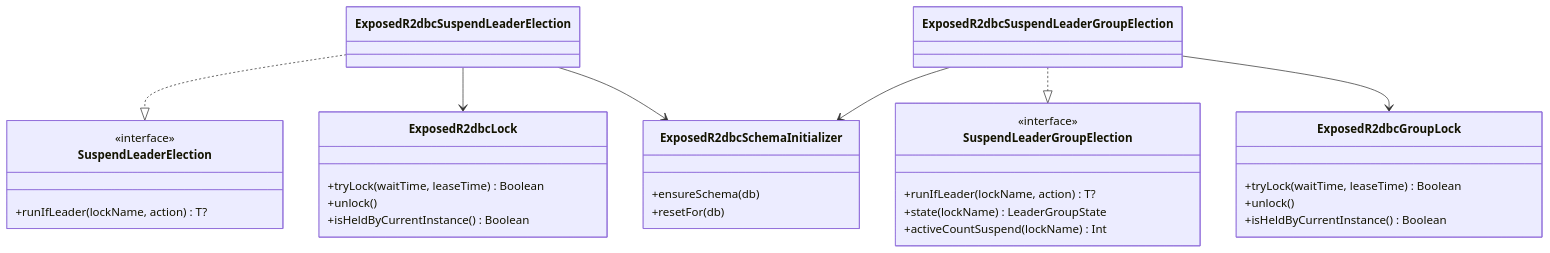
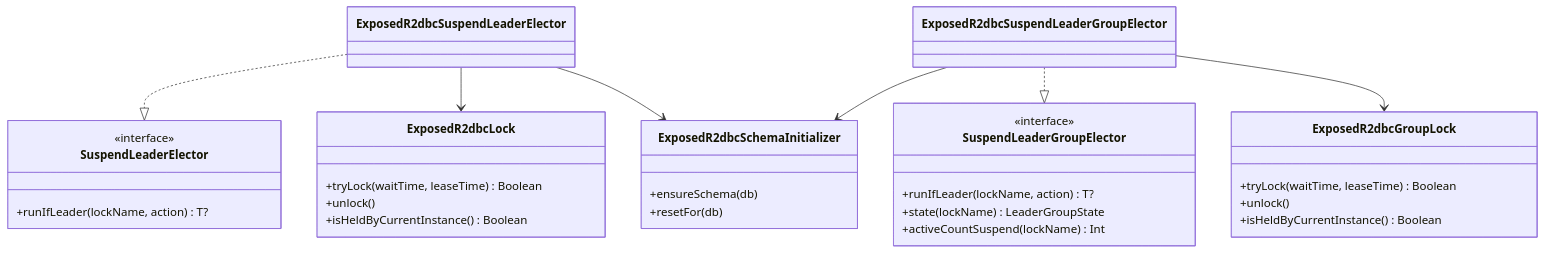
The diagram in leader-exposed-r2dbc/README.ko.md (bluetape4k/bluetape4k-leader), drawn with Mermaid before and after one commit. The commit also changed other lines of this file and 79 other files, not shown here.

First line of the commit message:
docs: #100 LeaderElection → LeaderElector 문서 일괄 업데이트 (#123)

````diff
--- a/leader-exposed-r2dbc/README.ko.md
+++ b/leader-exposed-r2dbc/README.ko.md
@@ -17,36 +17,36 @@
 ```mermaid
 classDiagram
-    class SuspendLeaderElection {
+    class SuspendLeaderElector {
         <<interface>>
         +runIfLeader(lockName, action) T?
     }
-    class SuspendLeaderGroupElection {
+    class SuspendLeaderGroupElector {
         <<interface>>
         +runIfLeader(lockName, action) T?
         +state(lockName) LeaderGroupState
         +activeCountSuspend(lockName) Int
     }
 
     class ExposedR2dbcLock {
         +tryLock(waitTime, leaseTime) Boolean
         +unlock()
         +isHeldByCurrentInstance() Boolean
     }
     class ExposedR2dbcGroupLock {
         +tryLock(waitTime, leaseTime) Boolean
         +unlock()
         +isHeldByCurrentInstance() Boolean
     }
     class ExposedR2dbcSchemaInitializer {
         +ensureSchema(db)
         +resetFor(db)
     }
 
-    ExposedR2dbcSuspendLeaderElection ..|> SuspendLeaderElection
-    ExposedR2dbcSuspendLeaderGroupElection ..|> SuspendLeaderGroupElection
+    ExposedR2dbcSuspendLeaderElector ..|> SuspendLeaderElector
+    ExposedR2dbcSuspendLeaderGroupElector ..|> SuspendLeaderGroupElector
 
-    ExposedR2dbcSuspendLeaderElection --> ExposedR2dbcLock
-    ExposedR2dbcSuspendLeaderGroupElection --> ExposedR2dbcGroupLock
-    ExposedR2dbcSuspendLeaderElection --> ExposedR2dbcSchemaInitializer
-    ExposedR2dbcSuspendLeaderGroupElection --> ExposedR2dbcSchemaInitializer
+    ExposedR2dbcSuspendLeaderElector --> ExposedR2dbcLock
+    ExposedR2dbcSuspendLeaderGroupElector --> ExposedR2dbcGroupLock
+    ExposedR2dbcSuspendLeaderElector --> ExposedR2dbcSchemaInitializer
+    ExposedR2dbcSuspendLeaderGroupElector --> ExposedR2dbcSchemaInitializer
 ```
````
